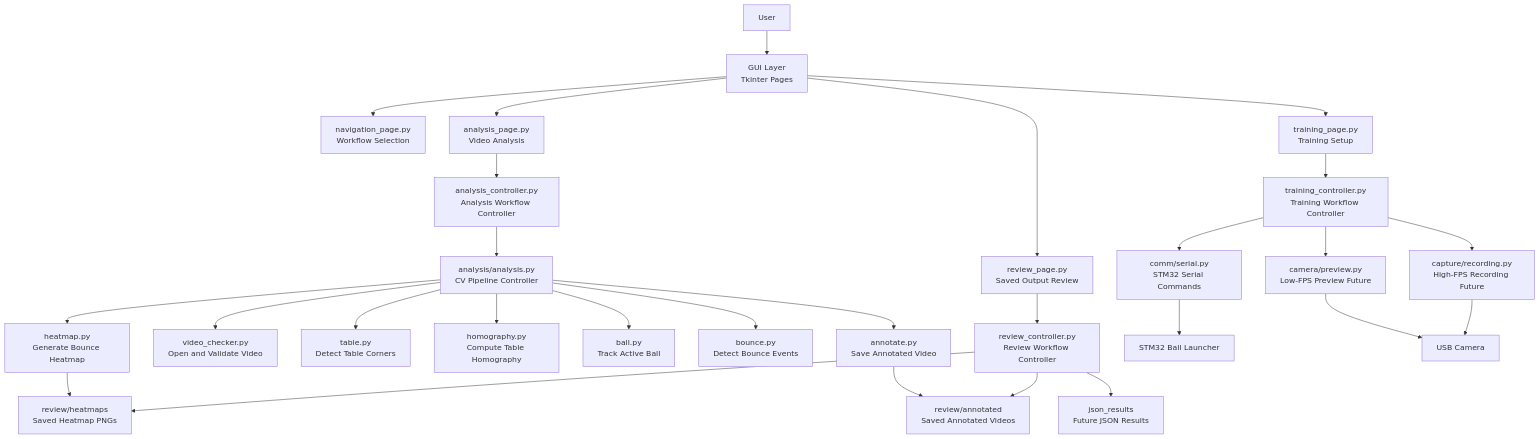
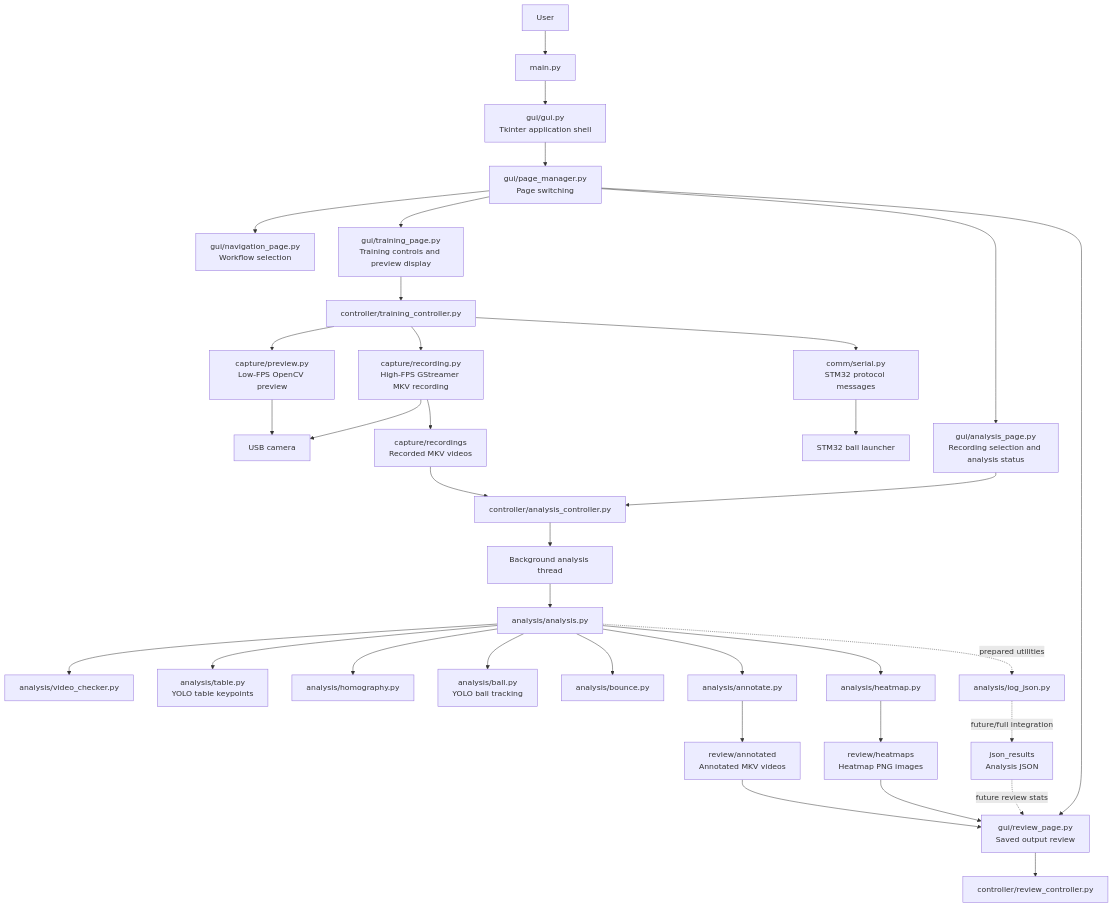
The first of 3 diagrams in jetson/docs/software_architecture.md (CoulterRolph/Capstone_Opencv), drawn with Mermaid before and after one commit. The commit also changed other lines of this file and 4 other files, not shown here.

````diff
--- a/jetson/docs/software_architecture.md
+++ b/jetson/docs/software_architecture.md
@@ -31,38 +50,46 @@
 ```mermaid
 flowchart TD
-    User[User] --> GUI[GUI Layer<br/>Tkinter Pages]
+    User[User] --> Main[main.py]
+    Main --> GuiShell[gui/gui.py<br/>Tkinter application shell]
 
-    GUI --> NavigationPage[navigation_page.py<br/>Workflow Selection]
-    GUI --> TrainingPage[training_page.py<br/>Training Setup]
-    GUI --> AnalysisPage[analysis_page.py<br/>Video Analysis]
-    GUI --> ReviewPage[review_page.py<br/>Saved Output Review]
+    GuiShell --> PageManager[gui/page_manager.py<br/>Page switching]
+    PageManager --> NavPage[gui/navigation_page.py<br/>Workflow selection]
+    PageManager --> TrainingPage[gui/training_page.py<br/>Training controls and preview display]
+    PageManager --> AnalysisPage[gui/analysis_page.py<br/>Recording selection and analysis status]
+    PageManager --> ReviewPage[gui/review_page.py<br/>Saved output review]
 
-    TrainingPage --> TrainingController[training_controller.py<br/>Training Workflow Controller]
-    AnalysisPage --> AnalysisController[analysis_controller.py<br/>Analysis Workflow Controller]
-    ReviewPage --> ReviewController[review_controller.py<br/>Review Workflow Controller]
+    TrainingPage --> TrainingController[controller/training_controller.py]
+    AnalysisPage --> AnalysisController[controller/analysis_controller.py]
+    ReviewPage --> ReviewController[controller/review_controller.py]
 
-    TrainingController --> SerialModule[comm/serial.py<br/>STM32 Serial Commands]
-    TrainingController --> RecordingModule[capture/recording.py<br/>High-FPS Recording Future]
-    TrainingController --> PreviewModule[camera/preview.py<br/>Low-FPS Preview Future]
+    TrainingController --> Preview[capture/preview.py<br/>Low-FPS OpenCV preview]
+    TrainingController --> Recording[capture/recording.py<br/>High-FPS GStreamer MKV recording]
+    TrainingController --> Serial[comm/serial.py<br/>STM32 protocol messages]
 
-    AnalysisController --> AnalysisPipeline[analysis/analysis.py<br/>CV Pipeline Controller]
+    Preview --> Camera[USB camera]
+    Recording --> Camera
+    Serial --> STM32[STM32 ball launcher]
 
-    AnalysisPipeline --> VideoChecker[video_checker.py<br/>Open and Validate Video]
-    AnalysisPipeline --> TableDetection[table.py<br/>Detect Table Corners]
-    AnalysisPipeline --> Homography[homography.py<br/>Compute Table Homography]
-    AnalysisPipeline --> BallTracking[ball.py<br/>Track Active Ball]
-    AnalysisPipeline --> BounceDetection[bounce.py<br/>Detect Bounce Events]
-    AnalysisPipeline --> Annotation[annotate.py<br/>Save Annotated Video]
-    AnalysisPipeline --> Heatmap[heatmap.py<br/>Generate Bounce Heatmap]
+    Recording --> Recordings[capture/recordings<br/>Recorded MKV videos]
+    Recordings --> AnalysisController
 
-    ReviewController --> HeatmapOutputs[review/heatmaps<br/>Saved Heatmap PNGs]
-    ReviewController --> AnnotatedOutputs[review/annotated<br/>Saved Annotated Videos]
-    ReviewController --> JsonOutputs[json_results<br/>Future JSON Results]
+    AnalysisController --> Worker[Background analysis thread]
+    Worker --> Pipeline[analysis/analysis.py]
 
-    SerialModule --> STM32[STM32 Ball Launcher]
-    RecordingModule --> Camera[USB Camera]
-    PreviewModule --> Camera
+    Pipeline --> VideoCheck[analysis/video_checker.py]
+    Pipeline --> TableDetect[analysis/table.py<br/>YOLO table keypoints]
+    Pipeline --> Homography[analysis/homography.py]
+    Pipeline --> BallTrack[analysis/ball.py<br/>YOLO ball tracking]
+    Pipeline --> BounceDetect[analysis/bounce.py]
+    Pipeline --> Annotate[analysis/annotate.py]
+    Pipeline --> Heatmap[analysis/heatmap.py]
+    Pipeline -. prepared utilities .-> JsonLog[analysis/log_json.py]
 
-    Heatmap --> HeatmapOutputs
-    Annotation --> AnnotatedOutputs
+    Annotate --> AnnotatedOut[review/annotated<br/>Annotated MKV videos]
+    Heatmap --> HeatmapOut[review/heatmaps<br/>Heatmap PNG images]
+    JsonLog -. future/full integration .-> JsonOut[json_results<br/>Analysis JSON]
+
+    AnnotatedOut --> ReviewPage
+    HeatmapOut --> ReviewPage
+    JsonOut -. future review stats .-> ReviewPage
 ```
````
